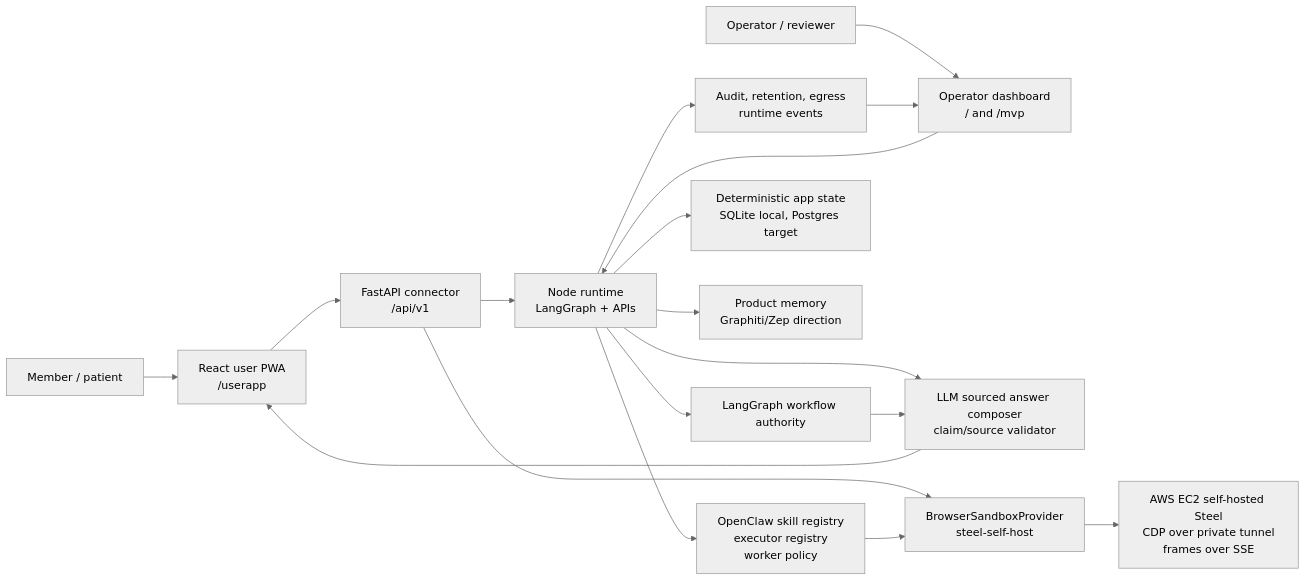
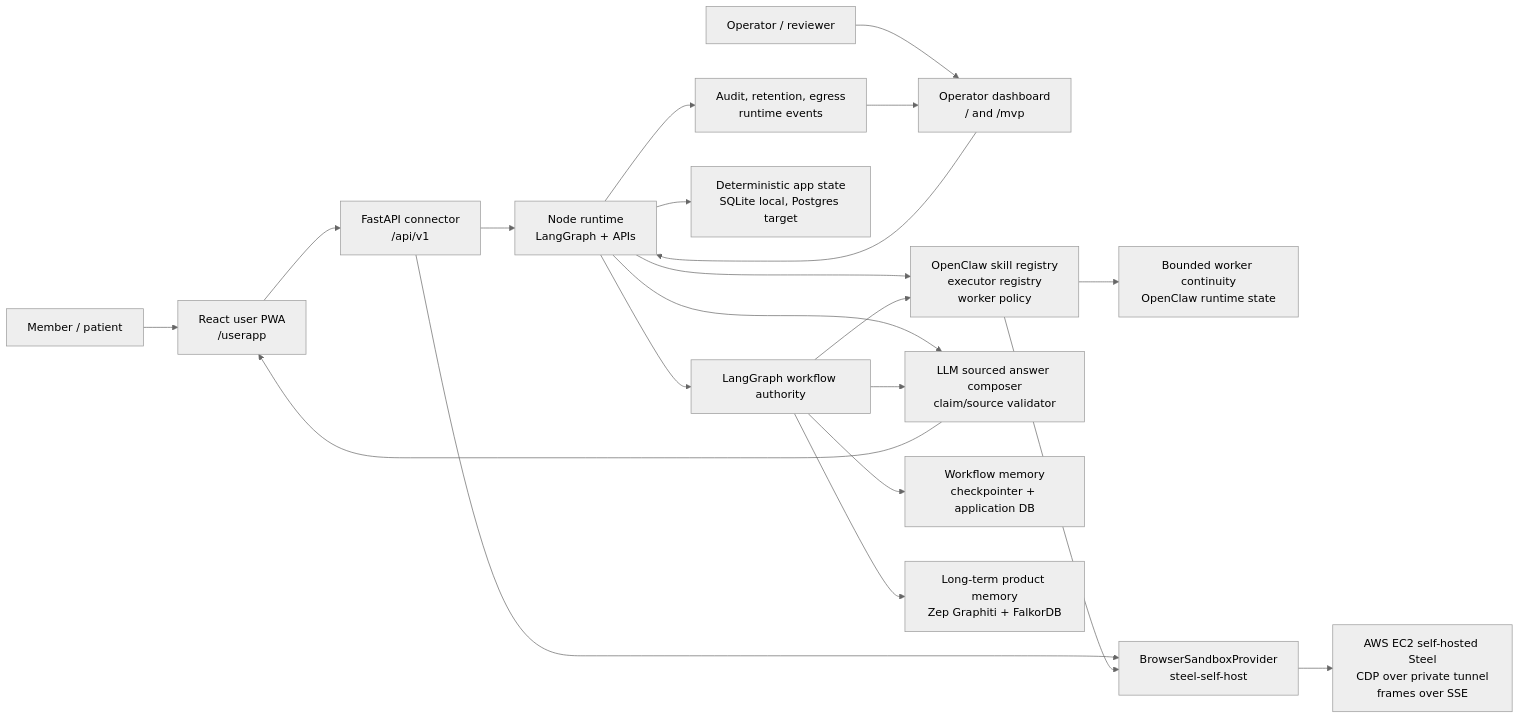
One commit to MarceloDe/concierge_by_openclaw_hermes changed the first of 4 diagrams in README.md. Above: the diagram before and after it, drawn with Mermaid (neutral theme). The commit also changed other lines of this file and 25 other files, not shown here.

Commit message:
fix(memory): make Zep Graphiti the runtime authority

````diff
--- a/README.md
+++ b/README.md
@@ -68,24 +79,27 @@
 ```mermaid
 flowchart LR
   User["Member / patient"] --> PWA["React user PWA<br/>/userapp"]
   Operator["Operator / reviewer"] --> Dashboard["Operator dashboard<br/>/ and /mvp"]
 
   PWA --> Facade["FastAPI connector<br/>/api/v1"]
   Dashboard --> Node["Node runtime<br/>LangGraph + APIs"]
   Facade --> Node
 
   Node --> Graph["LangGraph workflow authority"]
   Node --> Skills["OpenClaw skill registry<br/>executor registry<br/>worker policy"]
   Node --> Composer["LLM sourced answer composer<br/>claim/source validator"]
   Node --> DB["Deterministic app state<br/>SQLite local, Postgres target"]
-  Node --> Memory["Product memory<br/>Graphiti/Zep direction"]
+  Graph --> WorkflowMemory["Workflow memory<br/>checkpointer + application DB"]
+  Graph --> Memory["Long-term product memory<br/>Zep Graphiti + FalkorDB"]
+  Graph --> Skills
+  Skills --> WorkerMemory["Bounded worker continuity<br/>OpenClaw runtime state"]
   Node --> Audit["Audit, retention, egress<br/>runtime events"]
 
   Facade --> Browser["BrowserSandboxProvider<br/>steel-self-host"]
   Browser --> Steel["AWS EC2 self-hosted Steel<br/>CDP over private tunnel<br/>frames over SSE"]
 
   Skills --> Browser
   Graph --> Composer
   Composer --> PWA
   Audit --> Dashboard
 ```
````
